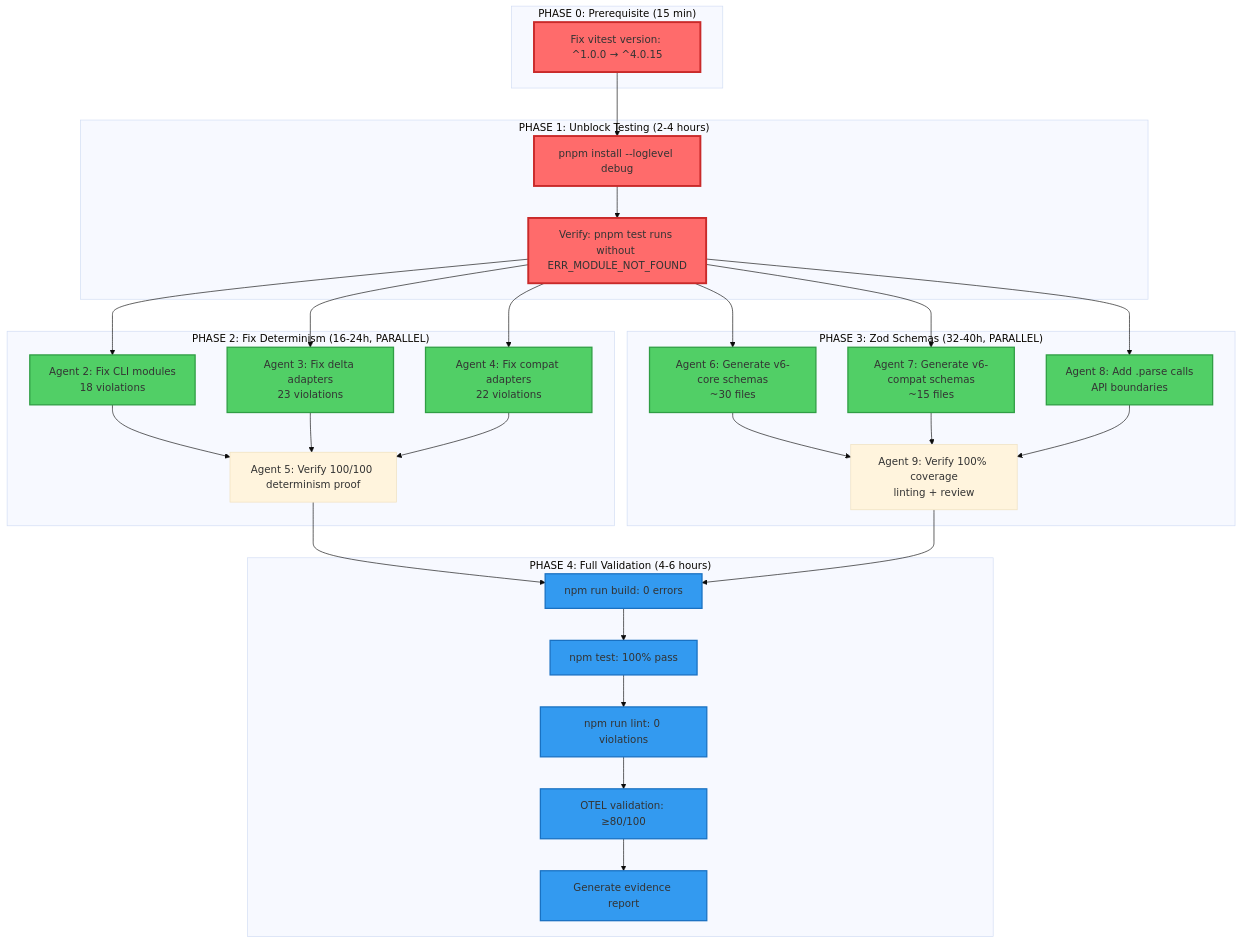
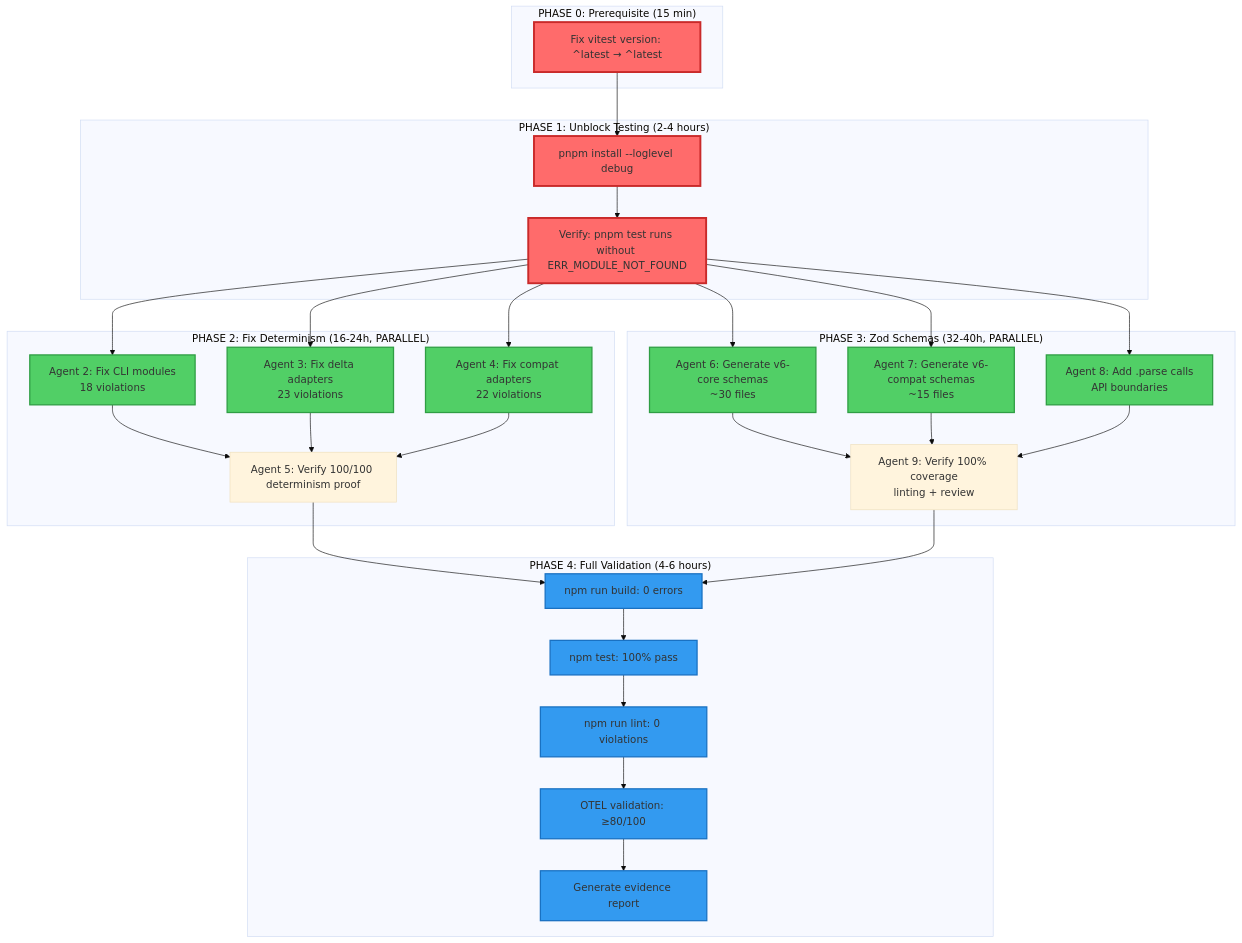
The diagram in docs/archive/legacy-pre-2030/archive/2026-01-11/root-reports/V6-RECOVERY-ORCHESTRATION-PLAN.md (seanchatmangpt/unrdf), drawn with Mermaid (base theme) before and after one commit. The commit also changed other lines of this file and 3567 other files, not shown here.

````diff
--- a/docs/archive/legacy-pre-2030/archive/2026-01-11/root-reports/V6-RECOVERY-ORCHESTRATION-PLAN.md
+++ b/docs/archive/legacy-pre-2030/archive/2026-01-11/root-reports/V6-RECOVERY-ORCHESTRATION-PLAN.md
@@ -38,52 +38,52 @@
 ```mermaid
 graph TD
     subgraph "PHASE 0: Prerequisite (15 min)"
-        P0[Fix vitest version: ^1.0.0 → ^4.0.15]
+        P0[Fix vitest version: ^latest → ^latest]
     end
 
     subgraph "PHASE 1: Unblock Testing (2-4 hours)"
         P1A[pnpm install --loglevel debug]
         P1B[Verify: pnpm test runs without ERR_MODULE_NOT_FOUND]
     end
 
     subgraph "PHASE 2: Fix Determinism (16-24h, PARALLEL)"
         P2A[Agent 2: Fix CLI modules<br/>18 violations]
         P2B[Agent 3: Fix delta adapters<br/>23 violations]
         P2C[Agent 4: Fix compat adapters<br/>22 violations]
         P2D[Agent 5: Verify 100/100 determinism proof]
     end
 
     subgraph "PHASE 3: Zod Schemas (32-40h, PARALLEL)"
         P3A[Agent 6: Generate v6-core schemas<br/>~30 files]
         P3B[Agent 7: Generate v6-compat schemas<br/>~15 files]
         P3C[Agent 8: Add .parse calls<br/>API boundaries]
         P3D[Agent 9: Verify 100% coverage<br/>linting + review]
     end
 
     subgraph "PHASE 4: Full Validation (4-6 hours)"
         P4A[npm run build: 0 errors]
         P4B[npm test: 100% pass]
         P4C[npm run lint: 0 violations]
         P4D[OTEL validation: ≥80/100]
         P4E[Generate evidence report]
     end
 
     P0 --> P1A
     P1A --> P1B
     P1B --> P2A & P2B & P2C & P3A & P3B & P3C
     P2A & P2B & P2C --> P2D
     P3A & P3B & P3C --> P3D
     P2D & P3D --> P4A
     P4A --> P4B
     P4B --> P4C
     P4C --> P4D
     P4D --> P4E
 
     classDef critical fill:#ff6b6b,stroke:#c92a2a,stroke-width:3px
     classDef parallel fill:#51cf66,stroke:#2f9e44,stroke-width:2px
     classDef validation fill:#339af0,stroke:#1971c2,stroke-width:2px
 
     class P0,P1A,P1B critical
     class P2A,P2B,P2C,P3A,P3B,P3C parallel
     class P4A,P4B,P4C,P4D,P4E validation
 ```
````
